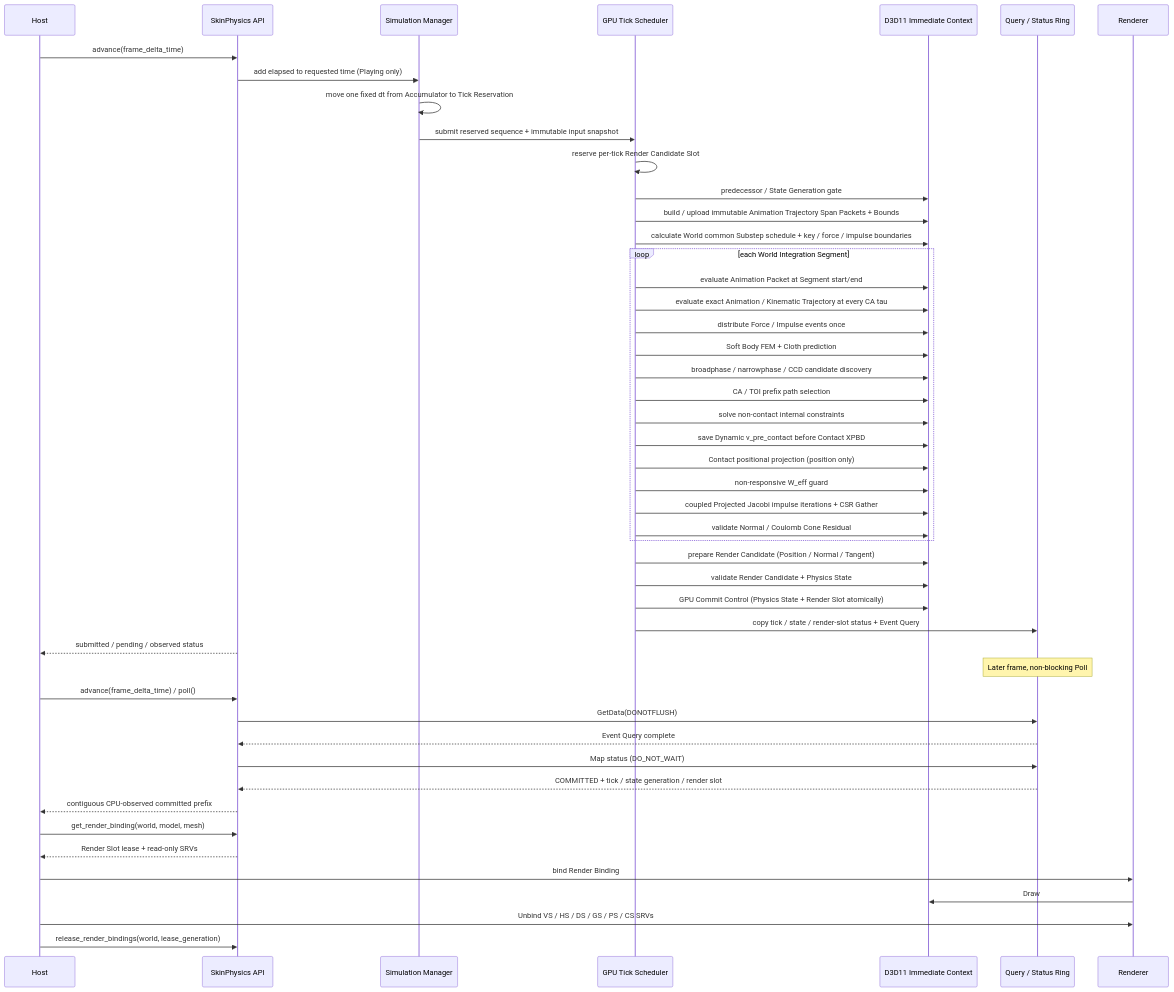
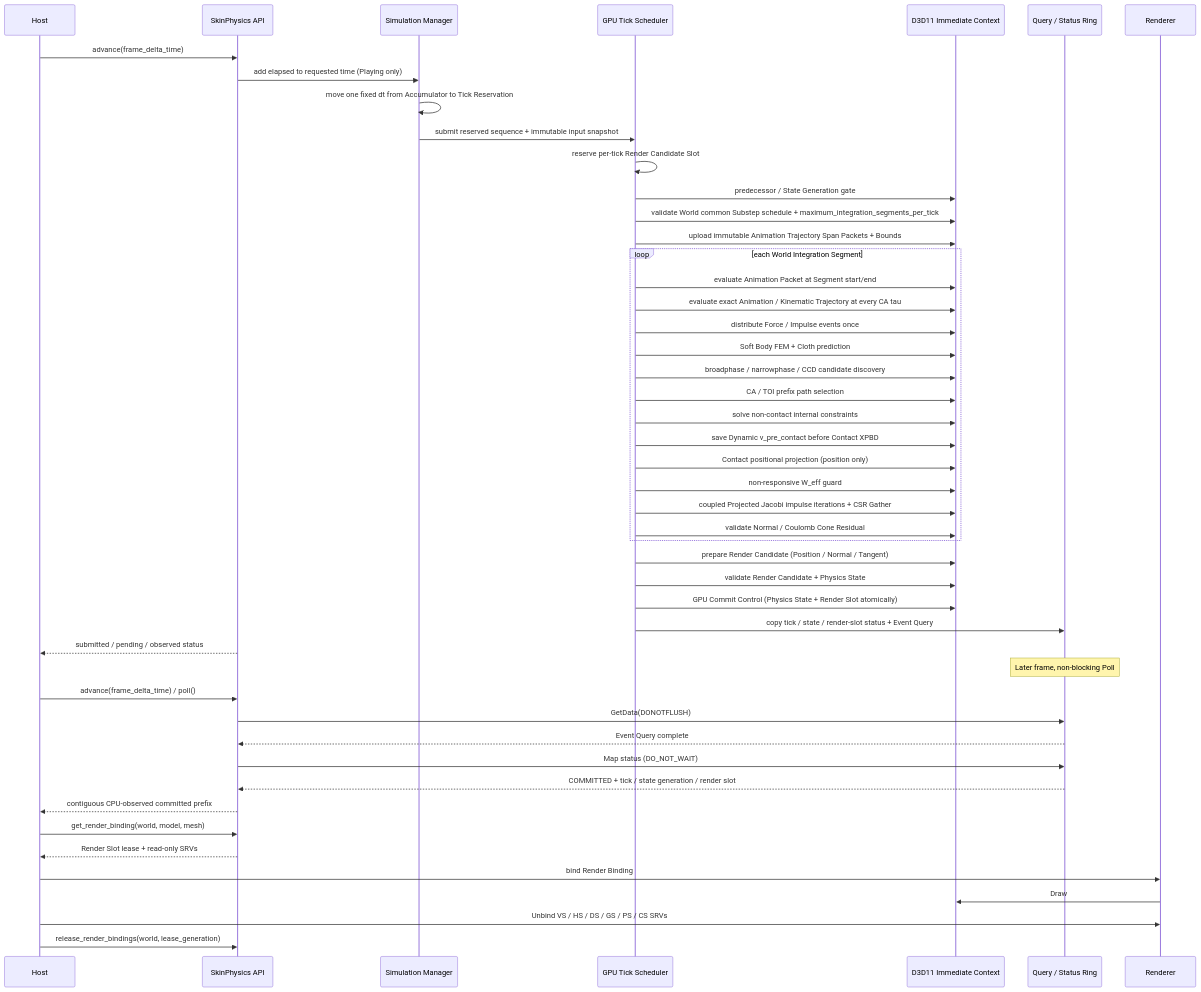
Before and after one commit to bigmoon77/Skin-physics-: the second of 8 diagrams in docs/uml/phase12_gpu_runtime.md, drawn with Mermaid. The commit also changed other lines of this file, not shown here.

Commit message:
docs: synchronize Runtime UML with bounded segment scheduler

````diff
--- a/docs/uml/phase12_gpu_runtime.md
+++ b/docs/uml/phase12_gpu_runtime.md
@@ -42,51 +42,51 @@
 ```mermaid
 sequenceDiagram
     participant H as Host
     participant API as SkinPhysics API
     participant S as Simulation Manager
     participant G as GPU Tick Scheduler
     participant D as D3D11 Immediate Context
     participant Q as Query / Status Ring
     participant R as Renderer
 
     H->>API: advance(frame_delta_time)
     API->>S: add elapsed to requested time (Playing only)
     S->>S: move one fixed dt from Accumulator to Tick Reservation
     S->>G: submit reserved sequence + immutable input snapshot
     G->>G: reserve per-tick Render Candidate Slot
     G->>D: predecessor / State Generation gate
-    G->>D: build / upload immutable Animation Trajectory Span Packets + Bounds
-    G->>D: calculate World common Substep schedule + key / force / impulse boundaries
+    G->>D: validate World common Substep schedule + maximum_integration_segments_per_tick
+    G->>D: upload immutable Animation Trajectory Span Packets + Bounds
     loop each World Integration Segment
         G->>D: evaluate Animation Packet at Segment start/end
         G->>D: evaluate exact Animation / Kinematic Trajectory at every CA tau
         G->>D: distribute Force / Impulse events once
         G->>D: Soft Body FEM + Cloth prediction
         G->>D: broadphase / narrowphase / CCD candidate discovery
         G->>D: CA / TOI prefix path selection
         G->>D: solve non-contact internal constraints
         G->>D: save Dynamic v_pre_contact before Contact XPBD
         G->>D: Contact positional projection (position only)
         G->>D: non-responsive W_eff guard
         G->>D: coupled Projected Jacobi impulse iterations + CSR Gather
         G->>D: validate Normal / Coulomb Cone Residual
     end
     G->>D: prepare Render Candidate (Position / Normal / Tangent)
     G->>D: validate Render Candidate + Physics State
     G->>D: GPU Commit Control (Physics State + Render Slot atomically)
     G->>Q: copy tick / state / render-slot status + Event Query
     API-->>H: submitted / pending / observed status
     Note over Q: Later frame, non-blocking Poll
     H->>API: advance(frame_delta_time) / poll()
     API->>Q: GetData(DONOTFLUSH)
     Q-->>API: Event Query complete
     API->>Q: Map status (DO_NOT_WAIT)
     Q-->>API: COMMITTED + tick / state generation / render slot
     API-->>H: contiguous CPU-observed committed prefix
     H->>API: get_render_binding(world, model, mesh)
     API-->>H: Render Slot lease + read-only SRVs
     H->>R: bind Render Binding
     R->>D: Draw
     H->>R: Unbind VS / HS / DS / GS / PS / CS SRVs
     H->>API: release_render_bindings(world, lease_generation)
 ```
````
